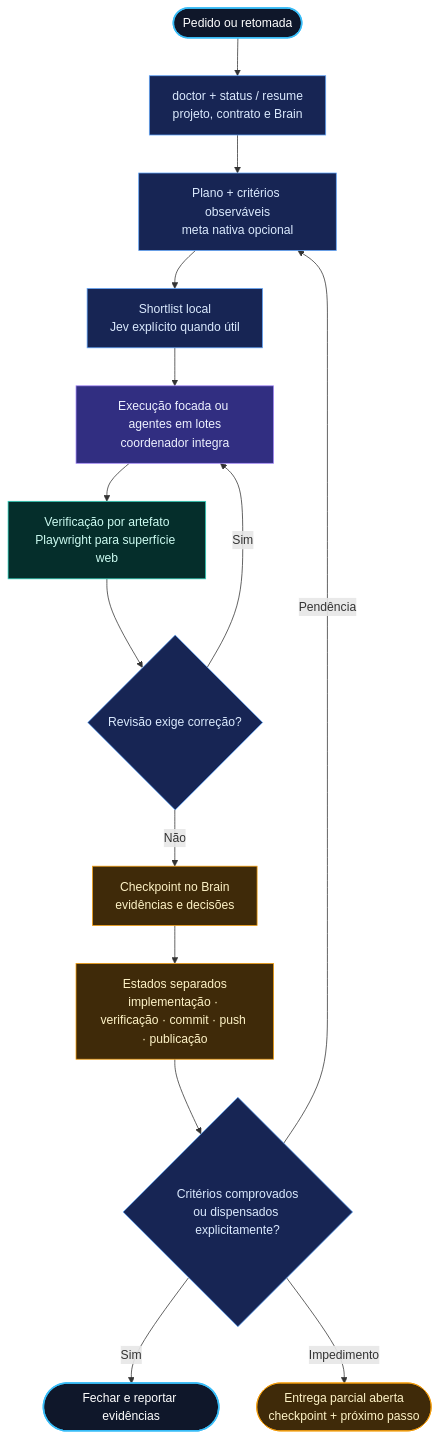
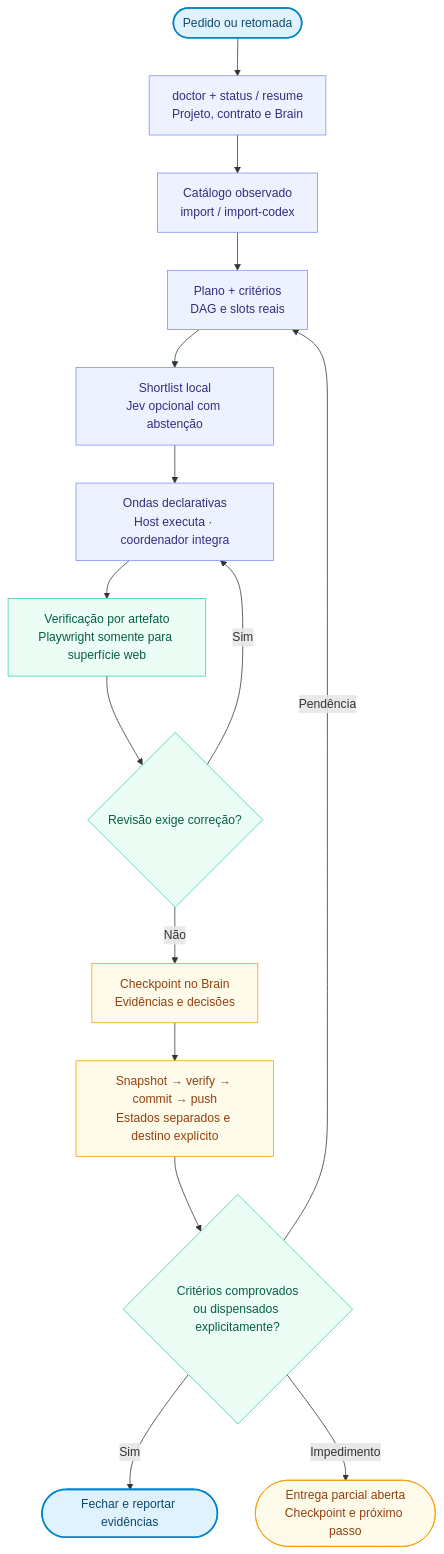
The diagram in README.md (HericlisBezerra/hebe-orchestrate-Codex), drawn with Mermaid before and after one commit. The commit also changed other lines of this file and 48 other files, not shown here.

Commit message:
Publica catálogo dinâmico, ondas, Jev e sync da v0.8.0

````diff
--- a/README.md
+++ b/README.md
@@ -30,27 +38,26 @@
 ```mermaid
 flowchart TB
-    U([Pedido ou retomada]) --> D[doctor + status / resume<br/>projeto, contrato e Brain]
-    D --> G[Plano + critérios observáveis<br/>meta nativa opcional]
-    G --> J[Shortlist local<br/>Jev explícito quando útil]
-    J --> A[Execução focada ou agentes em lotes<br/>coordenador integra]
-    A --> V[Verificação por artefato<br/>Playwright para superfície web]
-    V --> R{Revisão exige correção?}
-    R -->|Sim| A
-    R -->|Não| B[Checkpoint no Brain<br/>evidências e decisões]
-    B --> S[Estados separados<br/>implementação · verificação · commit · push · publicação]
-    S --> F{Critérios comprovados<br/>ou dispensados explicitamente?}
-    F -->|Sim| Z([Fechar e reportar evidências])
-    F -->|Pendência| G
-    F -->|Impedimento| H([Entrega parcial aberta<br/>checkpoint + próximo passo])
+    A(["Pedido ou retomada"]) --> D["doctor + status / resume<br/>Projeto, contrato e Brain"]
+    D --> M["Catálogo observado<br/>import / import-codex"]
+    M --> P["Plano + critérios<br/>DAG e slots reais"]
+    P --> C["Shortlist local<br/>Jev opcional com abstenção"]
+    C --> E["Ondas declarativas<br/>Host executa · coordenador integra"]
+    E --> V["Verificação por artefato<br/>Playwright somente para superfície web"]
+    V --> R{"Revisão exige correção?"}
+    R -->|Sim| E
+    R -->|Não| B["Checkpoint no Brain<br/>Evidências e decisões"]
+    B --> S["Snapshot → verify → commit → push<br/>Estados separados e destino explícito"]
+    S --> F{"Critérios comprovados<br/>ou dispensados explicitamente?"}
+    F -->|Sim| Z(["Fechar e reportar evidências"])
+    F -->|Pendência| P
+    F -->|Impedimento| H(["Entrega parcial aberta<br/>Checkpoint e próximo passo"])
 
-    classDef input fill:#0f172a,color:#fff,stroke:#38bdf8,stroke-width:2px;
-    classDef control fill:#172554,color:#dbeafe,stroke:#60a5fa;
-    classDef agent fill:#312e81,color:#eef2ff,stroke:#a78bfa;
-    classDef verify fill:#052e2b,color:#ccfbf1,stroke:#2dd4bf;
-    classDef memory fill:#3f2a09,color:#fef3c7,stroke:#f59e0b;
-    class U,Z input;
-    class D,G,J,R,F control;
-    class A agent;
-    class V verify;
+    classDef entry fill:#e0f2fe,color:#0c4a6e,stroke:#0284c7,stroke-width:2px;
+    classDef work fill:#eef2ff,color:#312e81,stroke:#818cf8;
+    classDef verify fill:#ecfdf5,color:#065f46,stroke:#34d399;
+    classDef memory fill:#fffbeb,color:#92400e,stroke:#f59e0b;
+    class A,Z entry;
+    class D,M,P,C,E work;
+    class V,R,F verify;
     class B,S,H memory;
 ```
````
